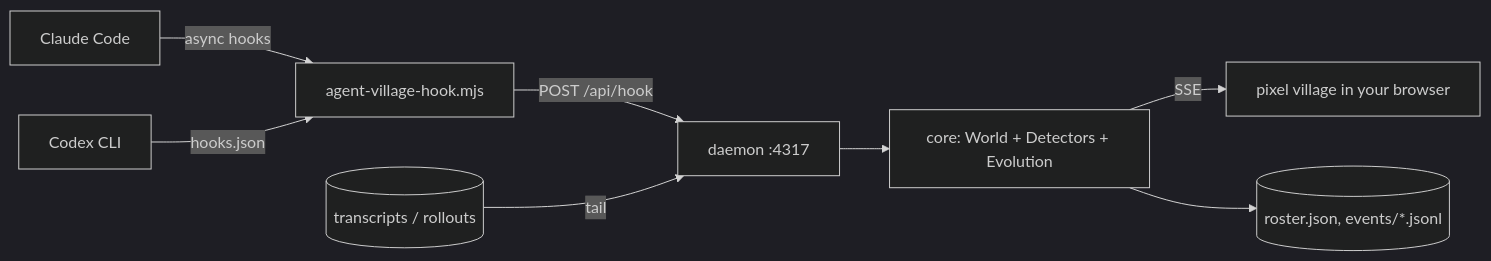
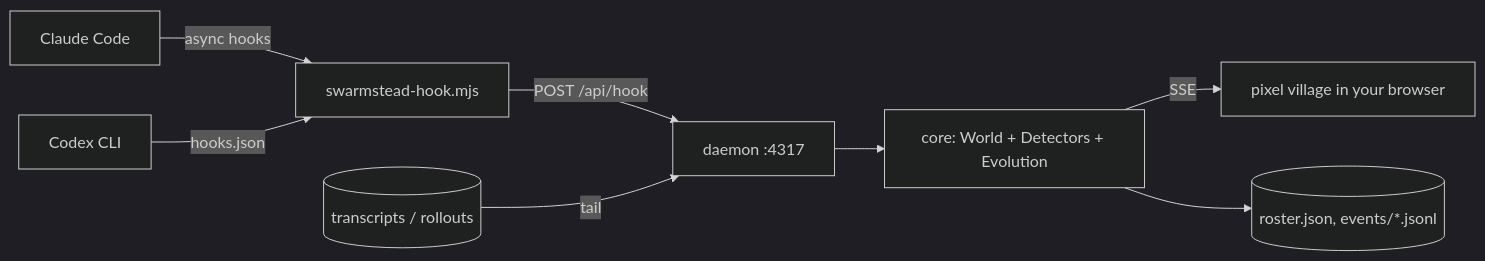
One commit to ngoanpv/swarmstead changed the diagram in README.md. Above: the diagram before and after it, drawn with Mermaid (dark theme). The commit also changed other lines of this file and 38 other files, not shown here.

First line of the commit message:
Rename to Swarmstead; workflows arena, return choreography, full Claude Code state coverage

````diff
--- a/README.md
+++ b/README.md
@@ -136,10 +201,10 @@
 ```mermaid
 flowchart LR
-  CC[Claude Code] -- async hooks --> H[agent-village-hook.mjs]
+  CC[Claude Code] -- async hooks --> H[swarmstead-hook.mjs]
   CX[Codex CLI] -- hooks.json --> H
   H -- POST /api/hook --> D[daemon :4317]
   T[(transcripts / rollouts)] -- tail --> D
   D --> E[core: World + Detectors + Evolution]
   E -- SSE --> UI[pixel village in your browser]
   E --> R[(roster.json, events/*.jsonl)]
 ```
````
